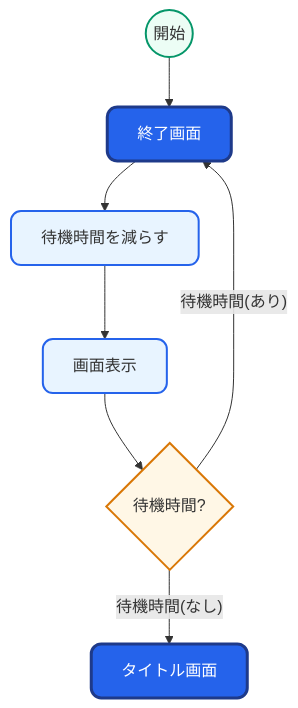
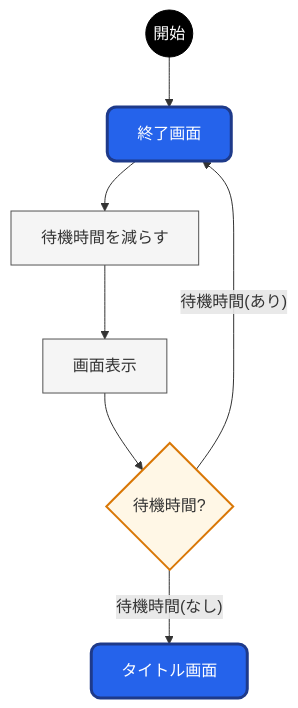
Before and after one commit to kureha001/MMP: the fifth of 5 diagrams in ゲーム/03_MechHunter/README/30_シーン管理.MD, drawn with Mermaid. The commit also changed other lines of this file and 1 other file, not shown here.

````diff
--- a/ゲーム/03_MechHunter/README/30_シーン管理.MD
+++ b/ゲーム/03_MechHunter/README/30_シーン管理.MD
@@ -167,25 +174,25 @@
 ```mermaid
 flowchart TB
-%% === Styles ===
-classDef screen    fill:#e8f4ff,stroke:#2563eb,stroke-width:2px,rx:10,ry:10
-classDef decision  fill:#fff7e6,stroke:#d97706,stroke-width:2px
-classDef startNode fill:#ecfdf5,stroke:#059669,stroke-width:2px,rx:10,ry:10
-classDef highlight fill:#2563eb,color:#ffffff,stroke:#1e3a8a,stroke-width:3px,rx:10,ry:10
+%% ==== 書式 ====
+classDef 開始 fill:#000000,color:#ffffff,stroke:#000000;
+classDef 画面 fill:#2563eb,color:#ffffff,stroke:#1e3a8a,stroke-width:3px,rx:9,ry:9;
+classDef サブ fill:#e8f4ff,stroke:#2563eb,stroke-width:2px,rx:9,ry:9;
+classDef 処理 fill:#f5f5f5,stroke:#535353;
+classDef 分岐 fill:#fff7e6,stroke:#d97706,stroke-width:2px;
 
-%% === Nodes ===
-start((開始)):::startNode
-endScr[終了画面]:::highlight
-reduce[待機時間を減らす]:::screen
-display[画面表示]:::screen
-choiceWait{待機時間?}:::decision
-title[タイトル画面]:::highlight
+%% ==== ノード ====
+start((開始)):::開始
+endScr[終了画面]:::画面
+reduce[待機時間を減らす]:::処理
+display[画面表示]:::処理
+choiceWait{待機時間?}:::分岐
+title[タイトル画面]:::画面
 
-%% === Flow ===
+%% ==== 処理順序 ====
 start --> endScr
 endScr --> reduce
 reduce --> display
 display --> choiceWait
 choiceWait -- 待機時間(あり) --> endScr
 choiceWait -- 待機時間(なし) --> title
-
 ```
````
